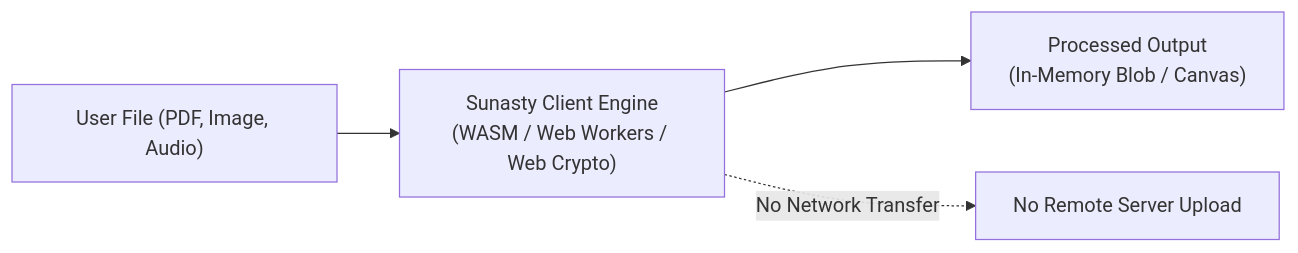
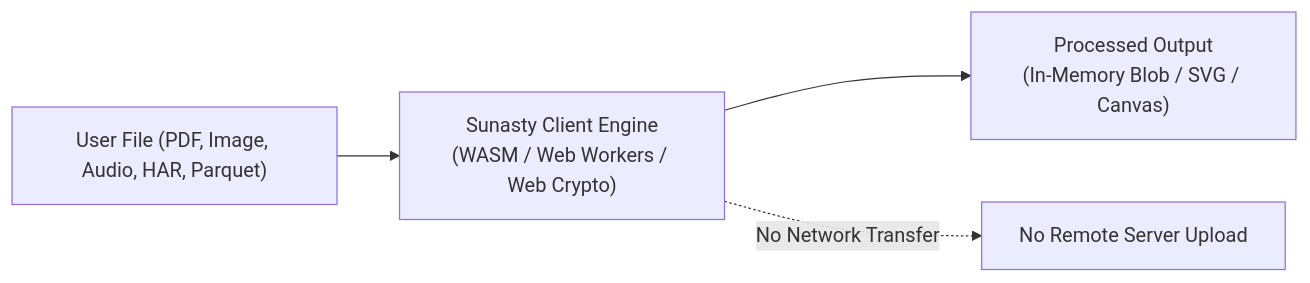
One commit to bsulyan/sunasty-docs changed the diagram in docs/index.md. Above: the diagram before and after it, drawn with Mermaid. The commit also changed other lines of this file, not shown here.

````diff
--- a/docs/index.md
+++ b/docs/index.md
@@ -11,6 +11,6 @@
 ```mermaid
 graph LR
-    UserFile["User File (PDF, Image, Audio)"] --> ClientEngine["Sunasty Client Engine<br/>(WASM / Web Workers / Web Crypto)"]
-    ClientEngine --> LocalResult["Processed Output<br/>(In-Memory Blob / Canvas)"]
+    UserFile["User File (PDF, Image, Audio, HAR, Parquet)"] --> ClientEngine["Sunasty Client Engine<br/>(WASM / Web Workers / Web Crypto)"]
+    ClientEngine --> LocalResult["Processed Output<br/>(In-Memory Blob / SVG / Canvas)"]
     ClientEngine -. No Network Transfer .-> RemoteServer["No Remote Server Upload"]
 ```
````
